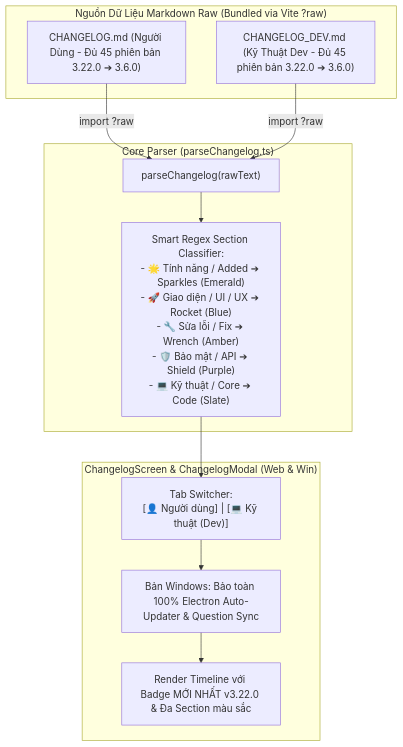
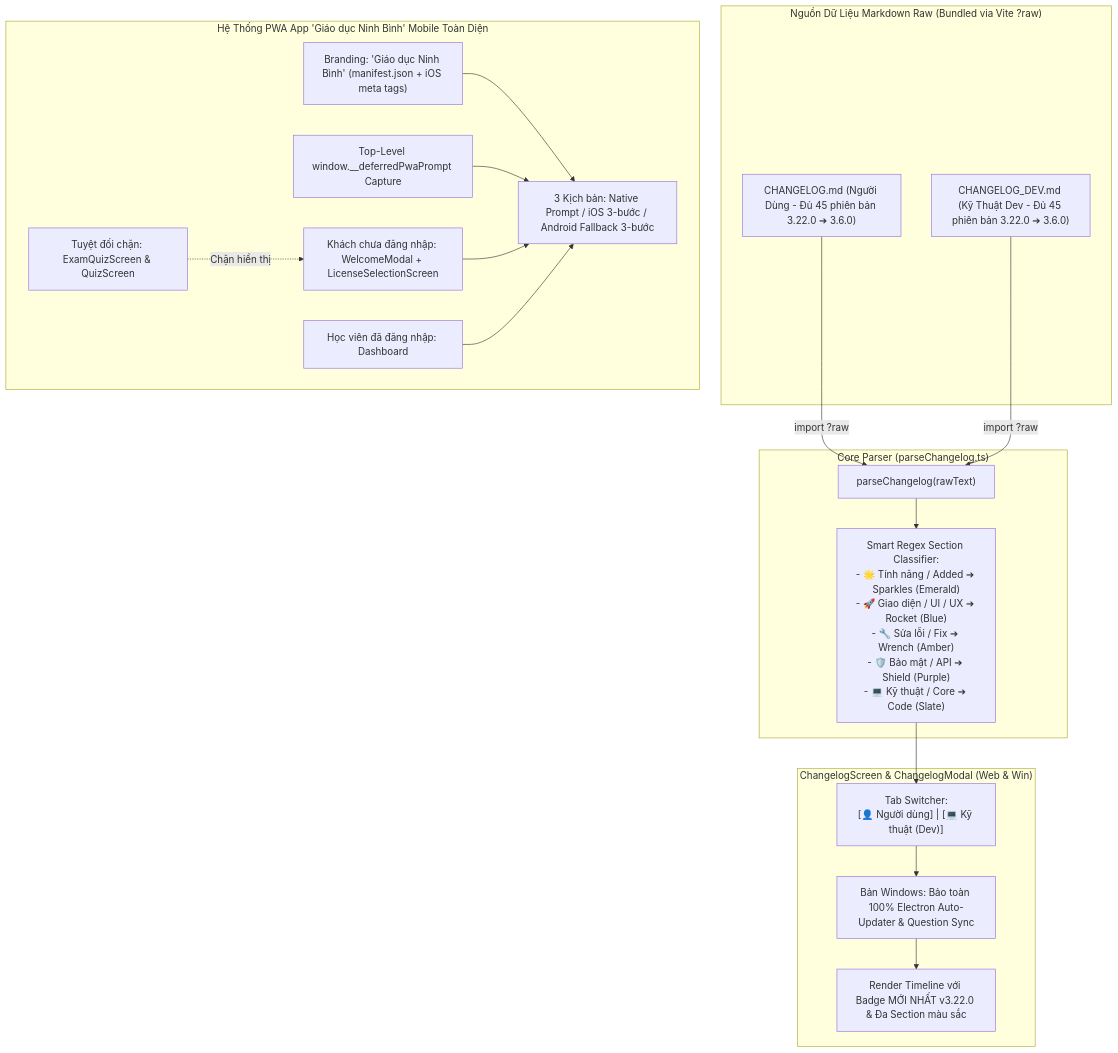
The diagram in docs/plans/261108-2025-authoritative-changelog-and-recent-plans-sync/plan.md (aitnd/TNDNB), drawn with Mermaid before and after one commit. The commit also changed other lines of this file and 12 other files, not shown here.

Commit message:
feat(pwa): rename PWA to Giao duc Ninh Binh and enable universal mobile install banner for guests

````diff
--- a/docs/plans/261108-2025-authoritative-changelog-and-recent-plans-sync/plan.md
+++ b/docs/plans/261108-2025-authoritative-changelog-and-recent-plans-sync/plan.md
@@ -36,25 +37,40 @@
 ```mermaid
 flowchart TD
     subgraph RawSources ["Nguồn Dữ Liệu Markdown Raw (Bundled via Vite ?raw)"]
         UserMD["CHANGELOG.md (Người Dùng - Đủ 45 phiên bản 3.22.0 ➔ 3.6.0)"]
         DevMD["CHANGELOG_DEV.md (Kỹ Thuật Dev - Đủ 45 phiên bản 3.22.0 ➔ 3.6.0)"]
     end
 
     subgraph ParserCore ["Core Parser (parseChangelog.ts)"]
         ParseFunc["parseChangelog(rawText)"]
         SmartSections["Smart Regex Section Classifier:<br/>- 🌟 Tính năng / Added ➔ Sparkles (Emerald)<br/>- 🚀 Giao diện / UI / UX ➔ Rocket (Blue)<br/>- 🔧 Sửa lỗi / Fix ➔ Wrench (Amber)<br/>- 🛡️ Bảo mật / API ➔ Shield (Purple)<br/>- 💻 Kỹ thuật / Core ➔ Code (Slate)"]
     end
 
     subgraph UI ["ChangelogScreen & ChangelogModal (Web & Win)"]
         TabSwitcher["Tab Switcher:<br/>[👤 Người dùng] | [💻 Kỹ thuật (Dev)]"]
         WinGuard["Bản Windows: Bảo toàn 100% Electron Auto-Updater & Question Sync"]
         Renderer["Render Timeline với Badge MỚI NHẤT v3.22.0 & Đa Section màu sắc"]
     end
 
+    subgraph PWASystem ["Hệ Thống PWA App 'Giáo dục Ninh Bình' Mobile Toàn Diện"]
+        Branding["Branding: 'Giáo dục Ninh Bình' (manifest.json + iOS meta tags)"]
+        ModuleCapture["Top-Level window.__deferredPwaPrompt Capture"]
+        MobileGuest["Khách chưa đăng nhập: WelcomeModal + LicenseSelectionScreen"]
+        MobileAuth["Học viên đã đăng nhập: Dashboard"]
+        NoExamGuard["Tuyệt đối chặn: ExamQuizScreen & QuizScreen"]
+        InstallRouter["3 Kịch bản: Native Prompt / iOS 3-bước / Android Fallback 3-bước"]
+    end
+
     UserMD -->|import ?raw| ParseFunc
     DevMD -->|import ?raw| ParseFunc
     ParseFunc --> SmartSections
     SmartSections --> TabSwitcher
     TabSwitcher --> WinGuard
     WinGuard --> Renderer
+
+    Branding --> InstallRouter
+    ModuleCapture --> InstallRouter
+    MobileGuest --> InstallRouter
+    MobileAuth --> InstallRouter
+    NoExamGuard -.->|Chặn hiển thị| MobileGuest
 ```
````
